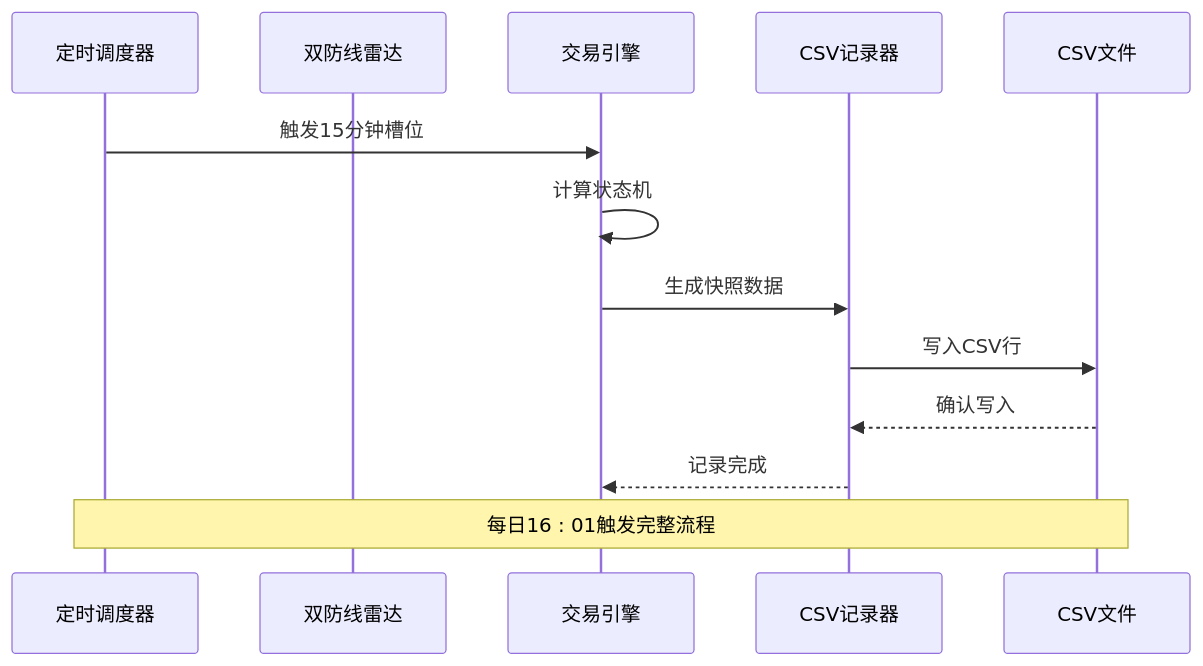
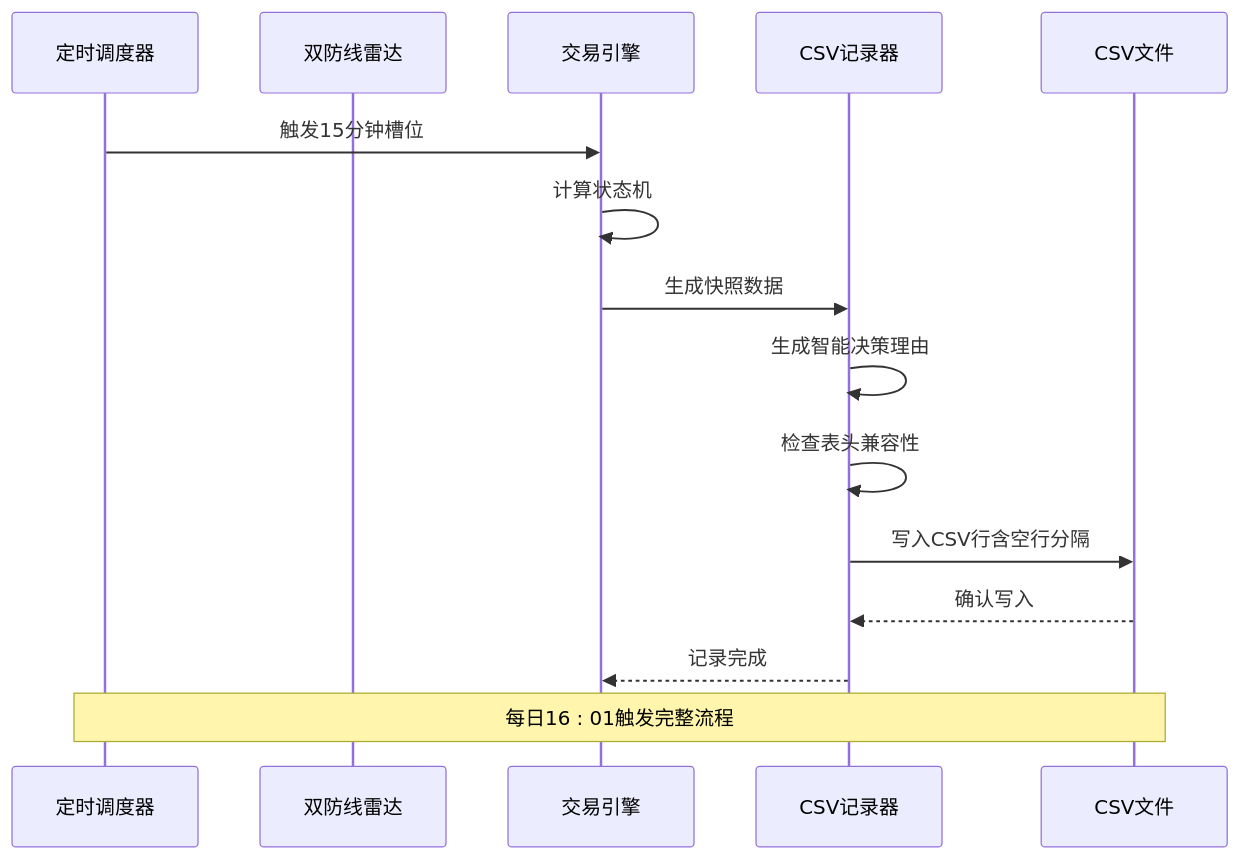
Before and after one commit to dexy1024/fin-analysis: the fifth of 9 diagrams in .qoder/repowiki/zh/content/技术分析系统/CSV日志记录系统.md, drawn with Mermaid. The commit also changed other lines of this file and 8 other files, not shown here.

````diff
--- a/.qoder/repowiki/zh/content/技术分析系统/CSV日志记录系统.md
+++ b/.qoder/repowiki/zh/content/技术分析系统/CSV日志记录系统.md
@@ -173,15 +213,17 @@
 ```mermaid
 sequenceDiagram
 participant Scheduler as 定时调度器
 participant Radar as 双防线雷达
 participant Engine as 交易引擎
 participant Logger as CSV记录器
 participant File as CSV文件
 Scheduler->>Engine : 触发15分钟槽位
 Engine->>Engine : 计算状态机
 Engine->>Logger : 生成快照数据
-Logger->>File : 写入CSV行
+Logger->>Logger : 生成智能决策理由
+Logger->>Logger : 检查表头兼容性
+Logger->>File : 写入CSV行含空行分隔
 File-->>Logger : 确认写入
 Logger-->>Engine : 记录完成
 Note over Scheduler,File : 每日16 : 01触发完整流程
 ```
````
